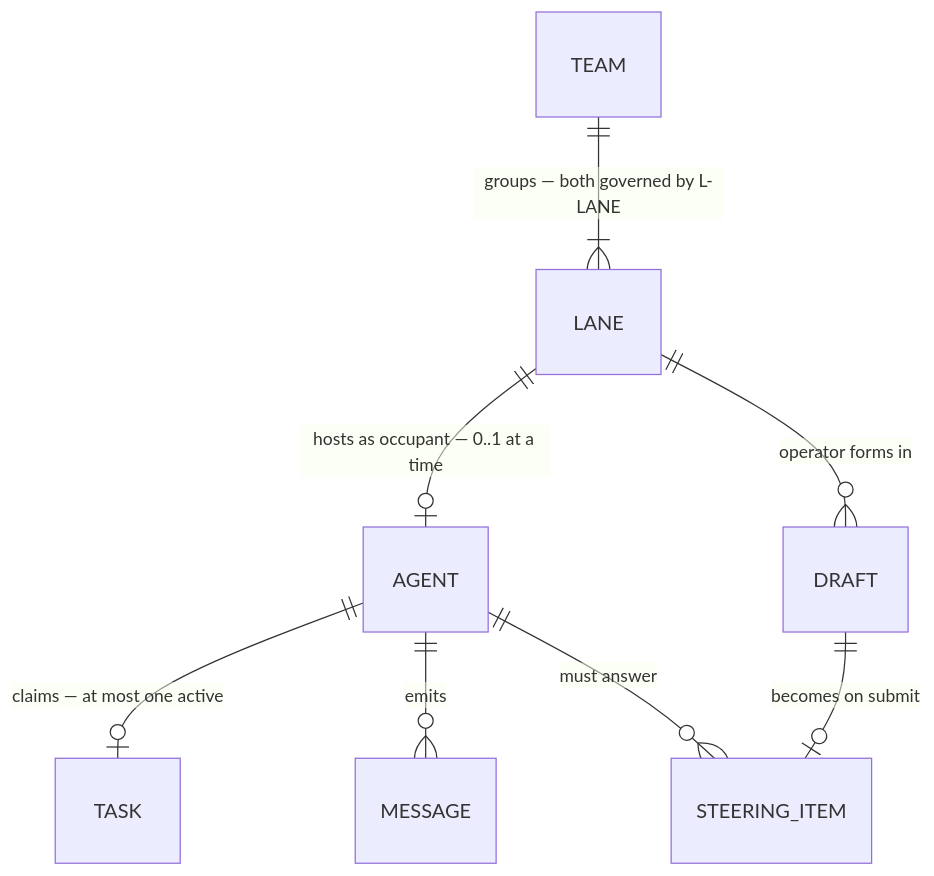
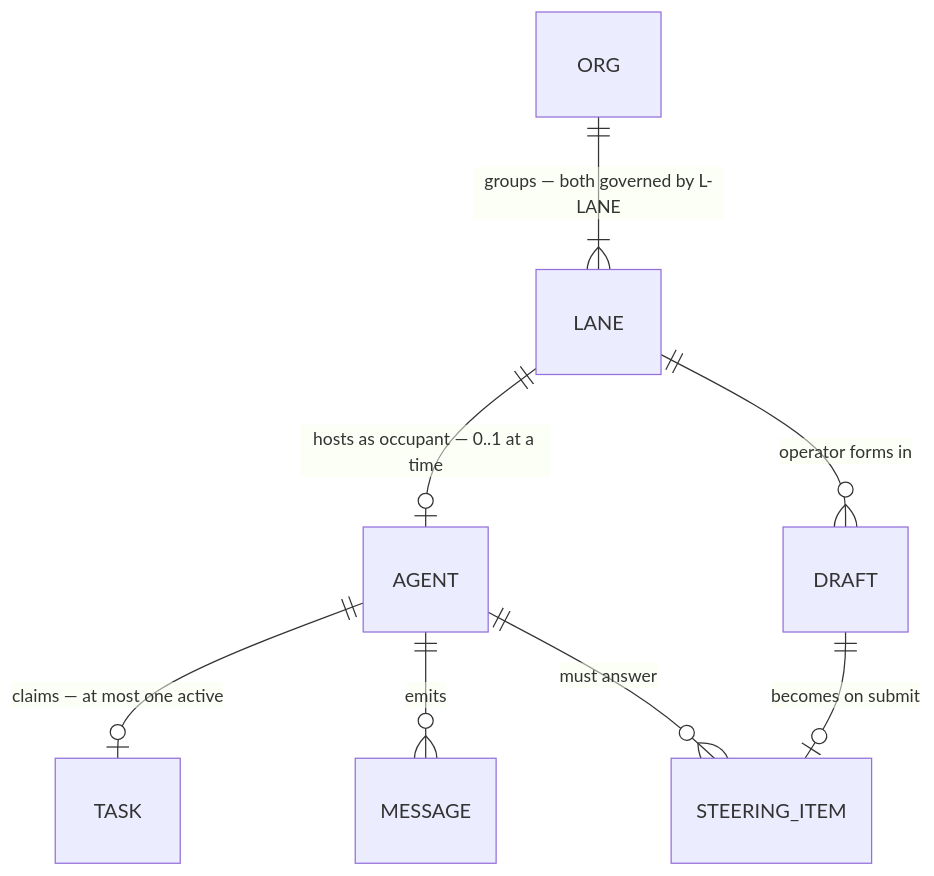
The first of 17 diagrams in docs/product/loops.md (infimalabs/spice-rust), drawn with Mermaid before and after one commit. The commit also changed other lines of this file and 99 other files, not shown here.

Commit message:
canvas: rename team vocabulary to org

````diff
--- a/docs/product/loops.md
+++ b/docs/product/loops.md
@@ -29,10 +29,10 @@
 ```mermaid
 erDiagram
-    TEAM ||--|{ LANE : "groups — both governed by L-LANE"
+    ORG ||--|{ LANE : "groups — both governed by L-LANE"
     LANE ||--o| AGENT : "hosts as occupant — 0..1 at a time"
     AGENT ||--o| TASK : "claims — at most one active"
     AGENT ||--o{ MESSAGE : "emits"
     LANE ||--o{ DRAFT : "operator forms in"
     DRAFT ||--o| STEERING_ITEM : "becomes on submit"
     AGENT ||--o{ STEERING_ITEM : "must answer"
 ```
````
